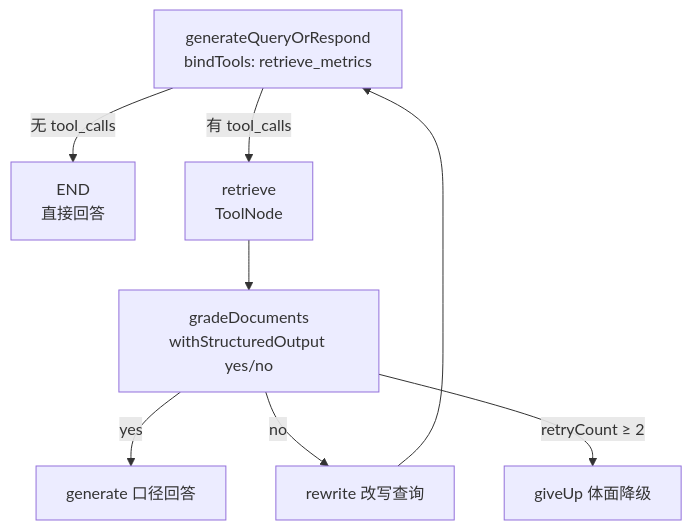
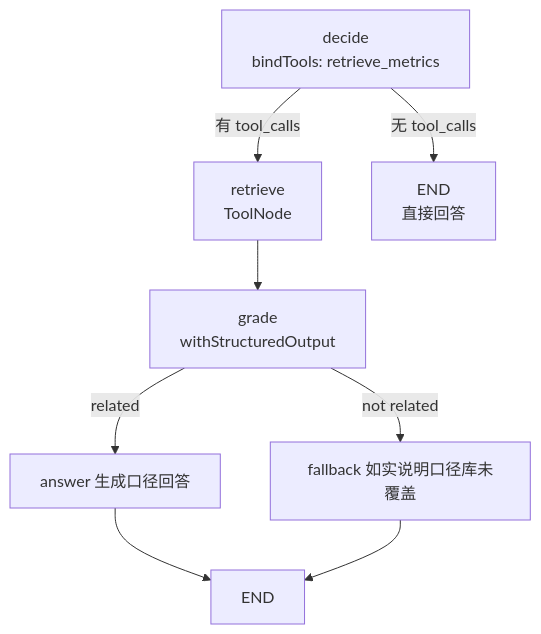
Before and after one commit to belos-street/kb-vault: the second of 2 diagrams in src/artificial-intelligence/agent/agent-fullstack/projects/03-data-analysis/README.md, drawn with Mermaid. The commit also changed other lines of this file and 33 other files, not shown here.

````diff
--- a/src/artificial-intelligence/agent/agent-fullstack/projects/03-data-analysis/README.md
+++ b/src/artificial-intelligence/agent/agent-fullstack/projects/03-data-analysis/README.md
@@ -230,10 +313,10 @@
 ```mermaid
 flowchart TB
-    A[generateQueryOrRespond<br/>bindTools: retrieve_metrics] -->|无 tool_calls| E[END<br/>直接回答]
-    A -->|有 tool_calls| B[retrieve<br/>ToolNode]
-    B --> C[gradeDocuments<br/>withStructuredOutput yes/no]
-    C -->|yes| D[generate 口径回答]
-    C -->|no| F[rewrite 改写查询]
-    F --> A
-    C -->|retryCount ≥ 2| G[giveUp 体面降级]
+    D[decide<br/>bindTools: retrieve_metrics] -->|有 tool_calls| R[retrieve<br/>ToolNode]
+    D -->|无 tool_calls| E1[END<br/>直接回答]
+    R --> G[grade<br/>withStructuredOutput]
+    G -->|related| A[answer 生成口径回答]
+    G -->|not related| F[fallback 如实说明口径库未覆盖]
+    A --> E2[END]
+    F --> E2[END]
 ```
````
